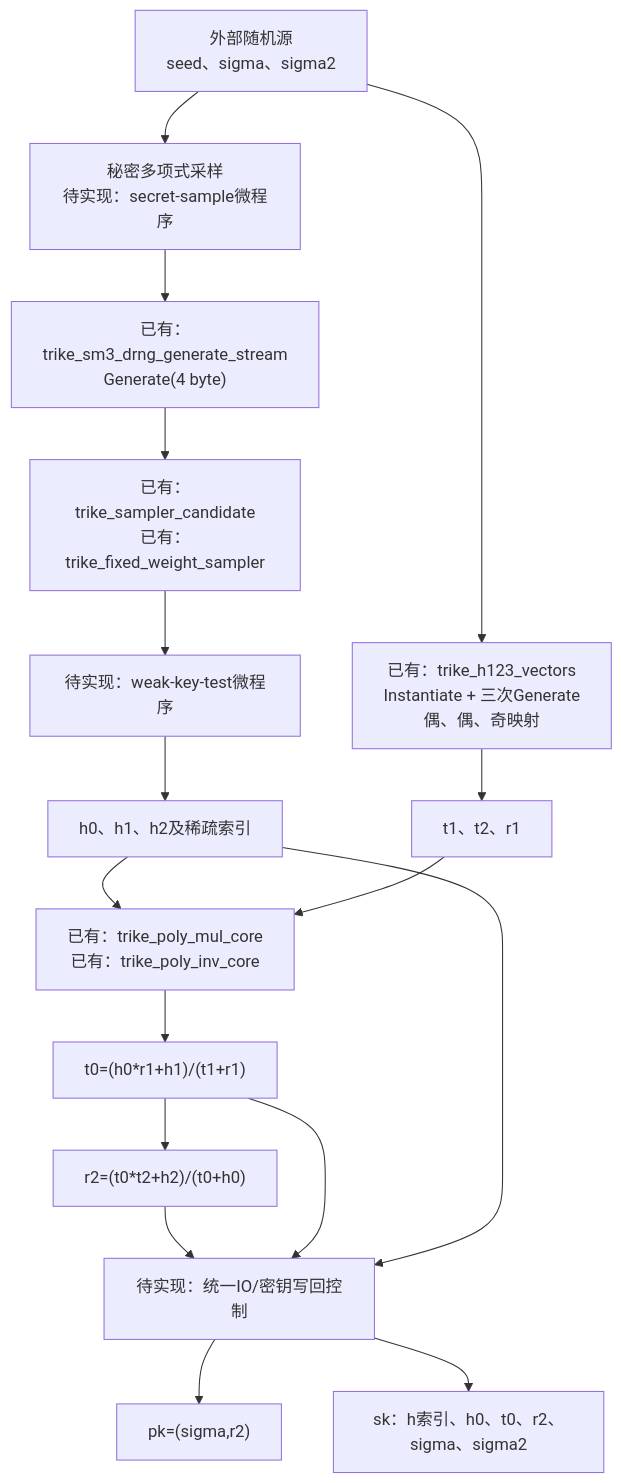
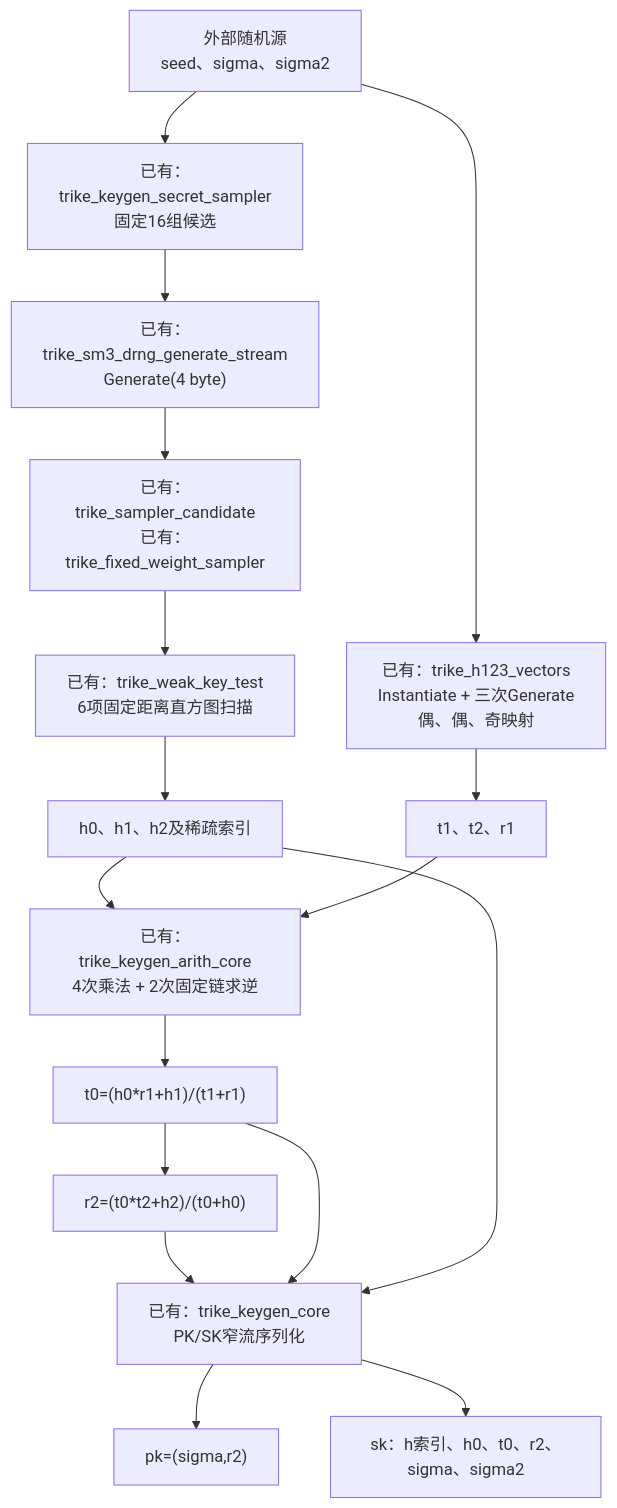
One commit to z2901550610/Min_Sum changed the first of 8 diagrams in docs/design/trike_kem_common_cores.md. Above: the diagram before and after it, drawn with Mermaid. The commit also changed other lines of this file and 18 other files, not shown here.

First line of the commit message:
feat(build): add KeyGen core tests, synthesis targets, and docs

````diff
--- a/docs/design/trike_kem_common_cores.md
+++ b/docs/design/trike_kem_common_cores.md
@@ -56,21 +56,21 @@
 ```mermaid
 flowchart TD
-    RNG["外部随机源<br/>seed、sigma、sigma2"] --> SECRET["秘密多项式采样<br/>待实现：secret-sample微程序"]
+    RNG["外部随机源<br/>seed、sigma、sigma2"] --> SECRET["已有：trike_keygen_secret_sampler<br/>固定16组候选"]
     SECRET --> DRNG4["已有：trike_sm3_drng_generate_stream<br/>Generate(4 byte)"]
     DRNG4 --> SAMPLER["已有：trike_sampler_candidate<br/>已有：trike_fixed_weight_sampler"]
-    SAMPLER --> WEAK["待实现：weak-key-test微程序"]
+    SAMPLER --> WEAK["已有：trike_weak_key_test<br/>6项固定距离直方图扫描"]
     WEAK --> HIDX["h0、h1、h2及稀疏索引"]
 
     RNG --> HASHV["已有：trike_h123_vectors<br/>Instantiate + 三次Generate<br/>偶、偶、奇映射"]
     HASHV --> TVEC["t1、t2、r1"]
 
-    HIDX --> POLY["已有：trike_poly_mul_core<br/>已有：trike_poly_inv_core"]
+    HIDX --> POLY["已有：trike_keygen_arith_core<br/>4次乘法 + 2次固定链求逆"]
     TVEC --> POLY
     POLY --> T0["t0=(h0*r1+h1)/(t1+r1)"]
     T0 --> R2["r2=(t0*t2+h2)/(t0+h0)"]
-    R2 --> PACK["待实现：统一IO/密钥写回控制"]
+    R2 --> PACK["已有：trike_keygen_core<br/>PK/SK窄流序列化"]
     T0 --> PACK
     HIDX --> PACK
     PACK --> PK["pk=(sigma,r2)"]
     PACK --> SK["sk：h索引、h0、t0、r2、sigma、sigma2"]
 ```
````
